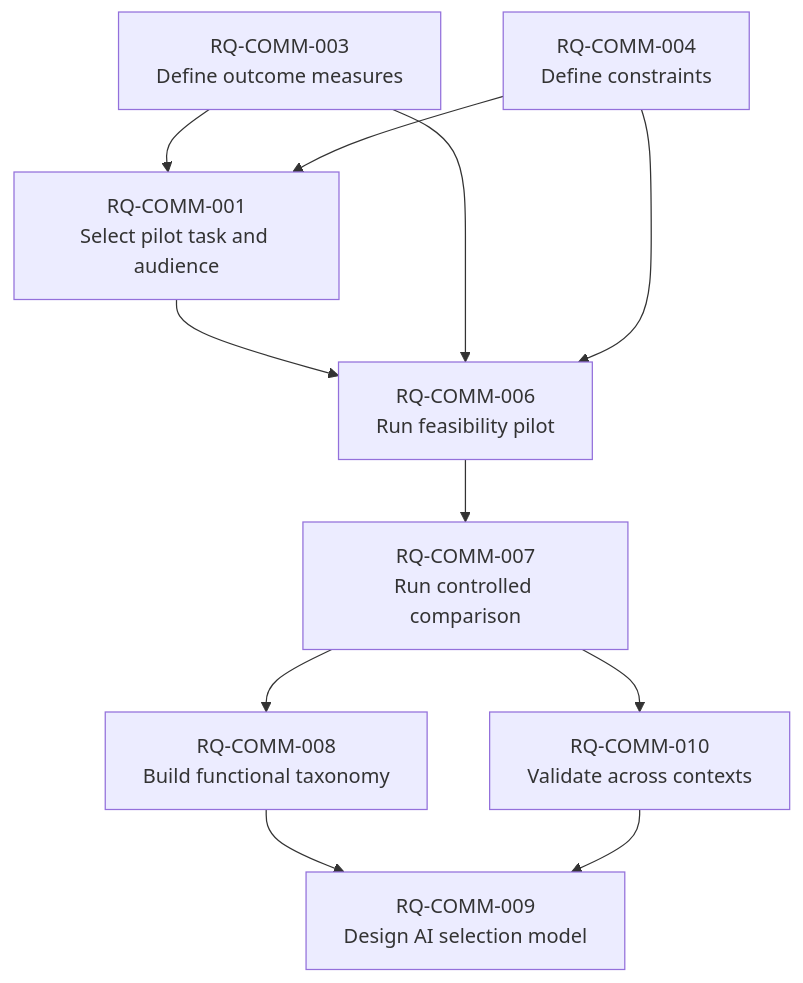
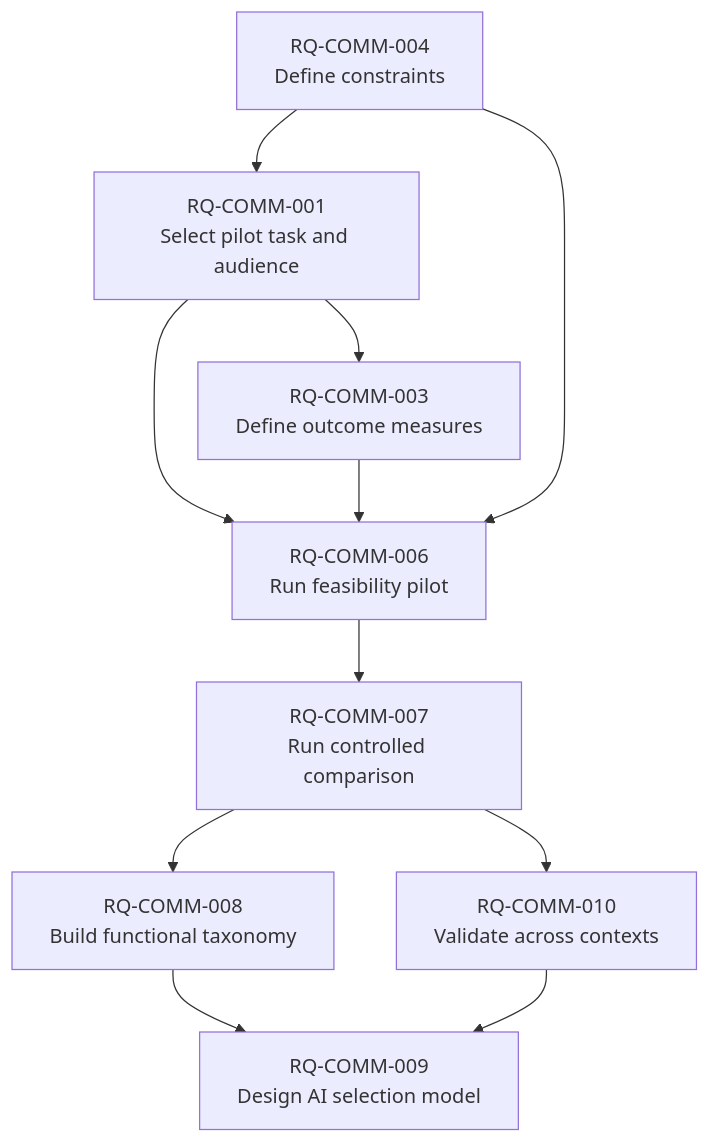
Before and after one commit to kemiller2002/communication-engineering: the diagram in research/frontier/PORTFOLIO-ROADMAP.md, drawn with Mermaid. The commit also changed other lines of this file and 22 other files, not shown here.

````diff
--- a/research/frontier/PORTFOLIO-ROADMAP.md
+++ b/research/frontier/PORTFOLIO-ROADMAP.md
@@ -33,21 +33,21 @@
 ```mermaid
 flowchart TD
     RQ001["RQ-COMM-001<br/>Select pilot task and audience"]
     RQ003["RQ-COMM-003<br/>Define outcome measures"]
     RQ004["RQ-COMM-004<br/>Define constraints"]
     RQ006["RQ-COMM-006<br/>Run feasibility pilot"]
     RQ007["RQ-COMM-007<br/>Run controlled comparison"]
     RQ008["RQ-COMM-008<br/>Build functional taxonomy"]
     RQ009["RQ-COMM-009<br/>Design AI selection model"]
     RQ010["RQ-COMM-010<br/>Validate across contexts"]
-    RQ003 --> RQ001
+    RQ001 --> RQ003
     RQ004 --> RQ001
     RQ001 --> RQ006
     RQ003 --> RQ006
     RQ004 --> RQ006
     RQ006 --> RQ007
     RQ007 --> RQ008
     RQ008 --> RQ009
     RQ007 --> RQ010
     RQ010 --> RQ009
 ```
````
